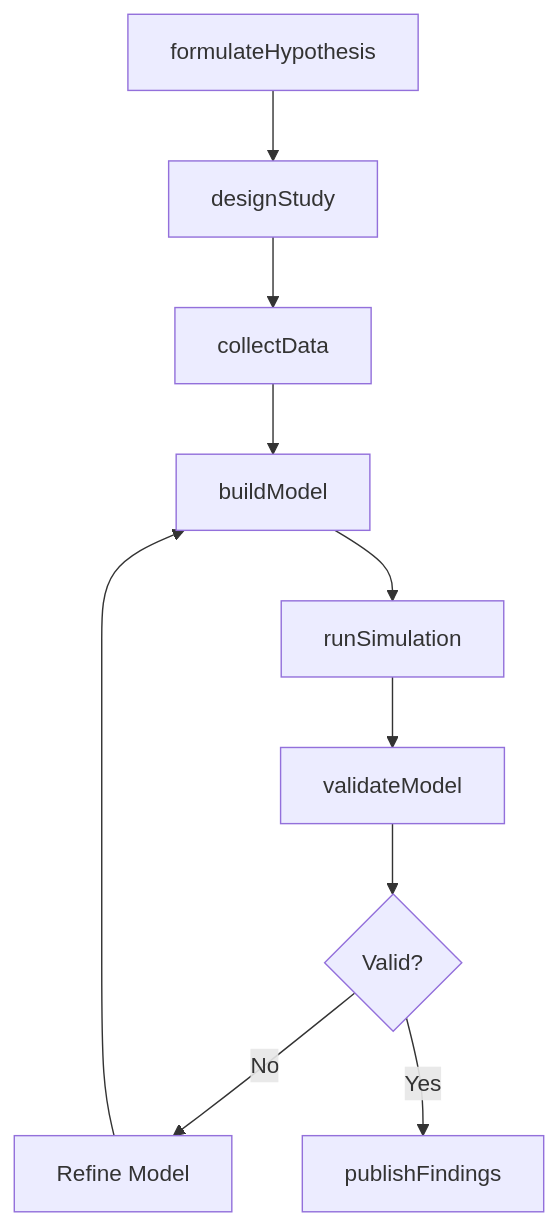
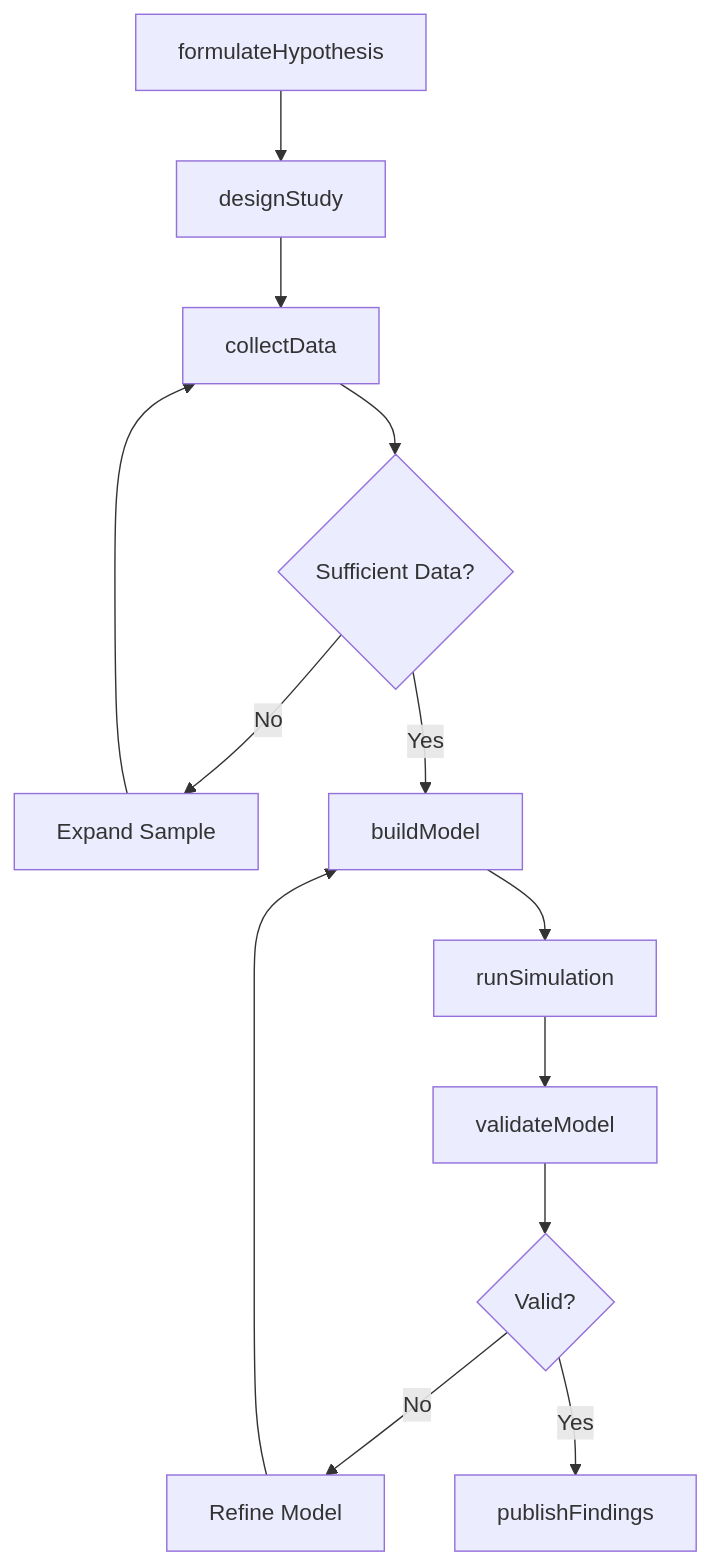
Before and after one commit to dot-org-ai/tasks.org.ai: the third of 4 diagrams in ThinkingCreatively/DevelopScientificOrMathematicalTheoriesOrModels/DevelopTheoriesModelsSocialPhenomena.mdx, drawn with Mermaid. The commit also changed other lines of this file and 266 other files, not shown here.

First line of the commit message:
feat: Add ER diagrams, state diagrams to wave 2 batch (251 DWA files)

````diff
--- a/ThinkingCreatively/DevelopScientificOrMathematicalTheoriesOrModels/DevelopTheoriesModelsSocialPhenomena.mdx
+++ b/ThinkingCreatively/DevelopScientificOrMathematicalTheoriesOrModels/DevelopTheoriesModelsSocialPhenomena.mdx
@@ -86,12 +113,15 @@
 ```mermaid
 graph TD
     A[formulateHypothesis] --> B[designStudy]
     B --> C[collectData]
-    C --> D[buildModel]
-    D --> E[runSimulation]
-    E --> F[validateModel]
-    F --> G{Valid?}
-    G -->|No| H[Refine Model]
-    H --> D
-    G -->|Yes| I[publishFindings]
+    C --> D{Sufficient Data?}
+    D -->|No| E[Expand Sample]
+    E --> C
+    D -->|Yes| F[buildModel]
+    F --> G[runSimulation]
+    G --> H[validateModel]
+    H --> I{Valid?}
+    I -->|No| J[Refine Model]
+    J --> F
+    I -->|Yes| K[publishFindings]
 ```
````
